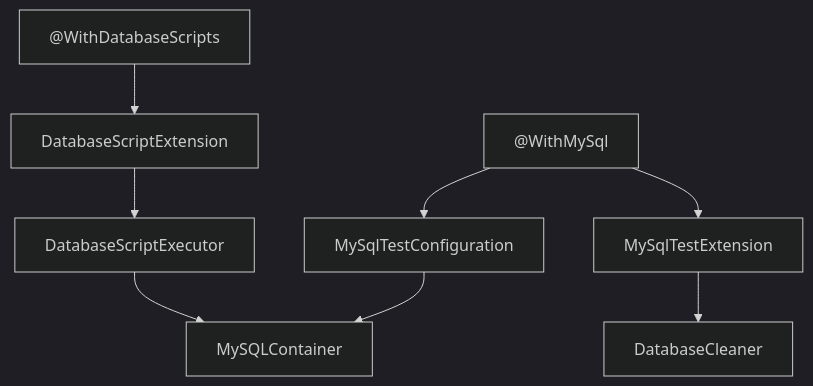
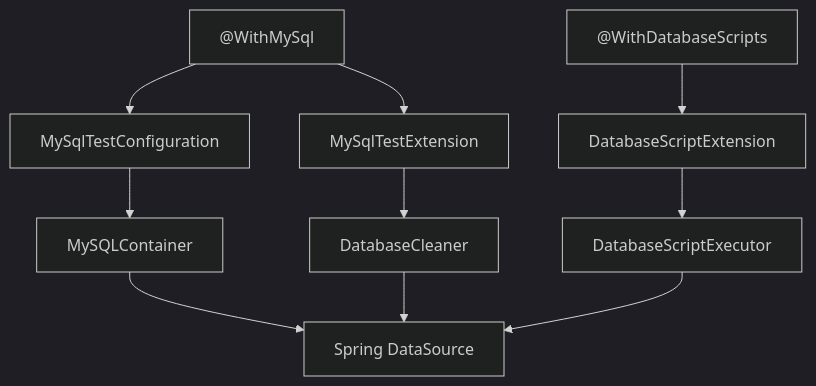
The sixth of 9 diagrams in modules/platform-testing/docs/PACKAGES_AND_CLASSES.md (BrunoBS/platform-libraries), drawn with Mermaid (dark theme) before and after one commit. The commit also changed other lines of this file, not shown here.

Commit message:
docs(testing): clarify fixture relationship diagrams

````diff
--- a/modules/platform-testing/docs/PACKAGES_AND_CLASSES.md
+++ b/modules/platform-testing/docs/PACKAGES_AND_CLASSES.md
@@ -111,19 +112,22 @@
 ```mermaid
 flowchart TB
     WithMySql["@WithMySql"]
     MysqlConfig["MySqlTestConfiguration"]
     MysqlContainer["MySQLContainer"]
+    DataSource["Spring DataSource"]
     MysqlExtension["MySqlTestExtension"]
     Cleaner["DatabaseCleaner"]
     Scripts["@WithDatabaseScripts"]
     ScriptExtension["DatabaseScriptExtension"]
     Executor["DatabaseScriptExecutor"]
 
     WithMySql --> MysqlConfig
     MysqlConfig --> MysqlContainer
+    MysqlContainer --> DataSource
     WithMySql --> MysqlExtension
     MysqlExtension --> Cleaner
+    Cleaner --> DataSource
     Scripts --> ScriptExtension
     ScriptExtension --> Executor
-    Executor --> MysqlContainer
+    Executor --> DataSource
 ```
````
